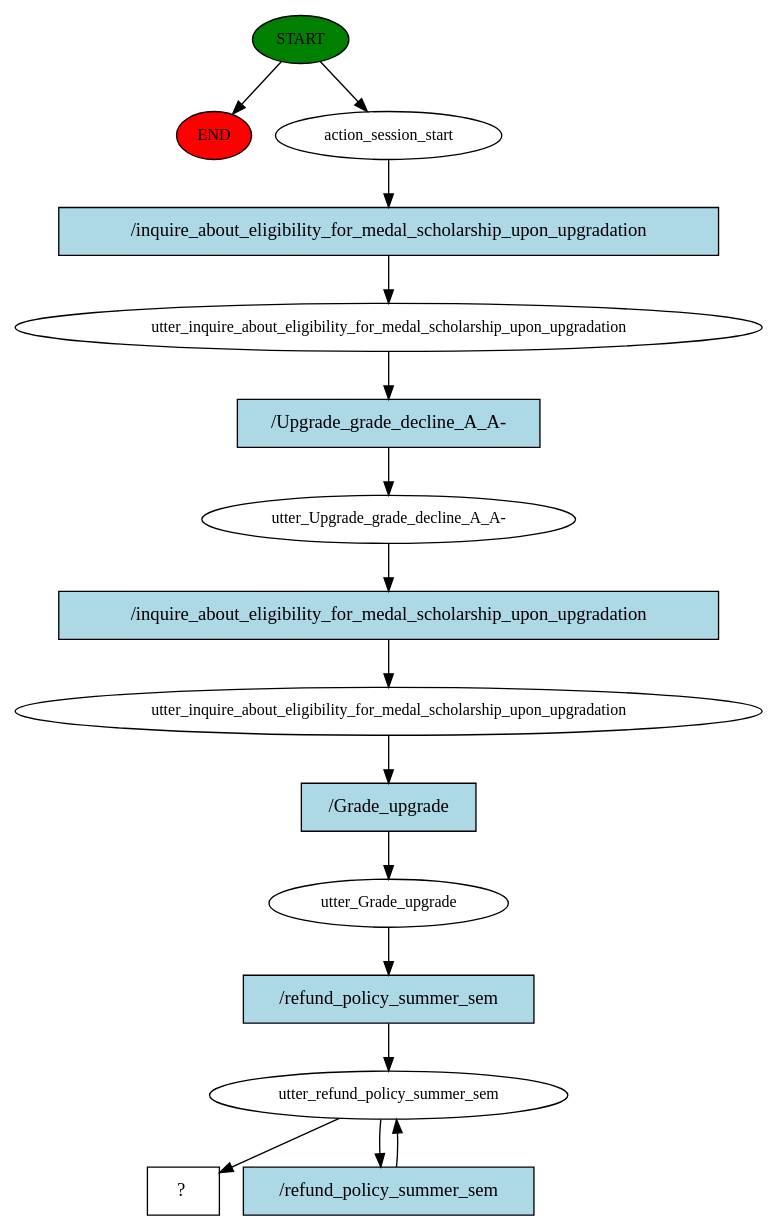
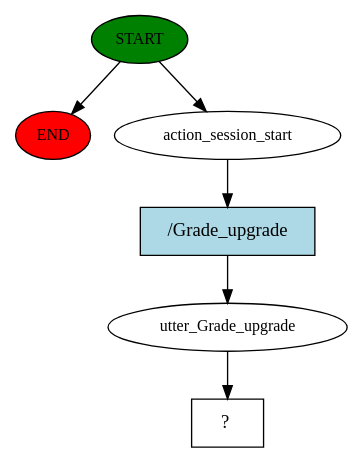
The diagram in story_graph.dot (ChatBotCreater/BotBot), drawn with Graphviz before and after one commit. The commit also changed 3 other files, not shown here.

```diff
--- a/story_graph.dot
+++ b/story_graph.dot
@@ -1,32 +1,13 @@
 digraph  {
 0 [class="start active", fillcolor=green, fontsize=12, label=START, style=filled];
 "-1" [class=end, fillcolor=red, fontsize=12, label=END, style=filled];
 1 [class=active, fontsize=12, label=action_session_start];
-2 [class=active, fontsize=12, label=utter_inquire_about_eligibility_for_medal_scholarship_upon_upgradation];
-3 [class=active, fontsize=12, label="utter_Upgrade_grade_decline_A_A-"];
-4 [class=active, fontsize=12, label=utter_inquire_about_eligibility_for_medal_scholarship_upon_upgradation];
-5 [class=active, fontsize=12, label=utter_Grade_upgrade];
-6 [class=active, fontsize=12, label=utter_refund_policy_summer_sem];
-8 [class="intent dashed active", label="  ?  ", shape=rect];
-9 [class="intent active", fillcolor=lightblue, label="/inquire_about_eligibility_for_medal_scholarship_upon_upgradation", shape=rect, style=filled];
-10 [class="intent active", fillcolor=lightblue, label="/Upgrade_grade_decline_A_A-", shape=rect, style=filled];
-11 [class="intent active", fillcolor=lightblue, label="/inquire_about_eligibility_for_medal_scholarship_upon_upgradation", shape=rect, style=filled];
-12 [class="intent active", fillcolor=lightblue, label="/Grade_upgrade", shape=rect, style=filled];
-13 [class="intent active", fillcolor=lightblue, label="/refund_policy_summer_sem", shape=rect, style=filled];
-14 [class="intent active", fillcolor=lightblue, label="/refund_policy_summer_sem", shape=rect, style=filled];
+2 [class=active, fontsize=12, label=utter_Grade_upgrade];
+3 [class="intent dashed active", label="  ?  ", shape=rect];
+4 [class="intent active", fillcolor=lightblue, label="/Grade_upgrade", shape=rect, style=filled];
 0 -> "-1"  [class="", key=NONE, label=""];
 0 -> 1  [class=active, key=NONE, label=""];
-1 -> 9  [class=active, key=0];
-2 -> 10  [class=active, key=0];
-3 -> 11  [class=active, key=0];
-4 -> 12  [class=active, key=0];
-5 -> 13  [class=active, key=0];
-6 -> 8  [class=active, key=NONE, label=""];
-6 -> 14  [class=active, key=0];
-9 -> 2  [class=active, key=0];
-10 -> 3  [class=active, key=0];
-11 -> 4  [class=active, key=0];
-12 -> 5  [class=active, key=0];
-13 -> 6  [class=active, key=0];
-14 -> 6  [class=active, key=0];
+1 -> 4  [class=active, key=0];
+2 -> 3  [class=active, key=NONE, label=""];
+4 -> 2  [class=active, key=0];
 }
```
